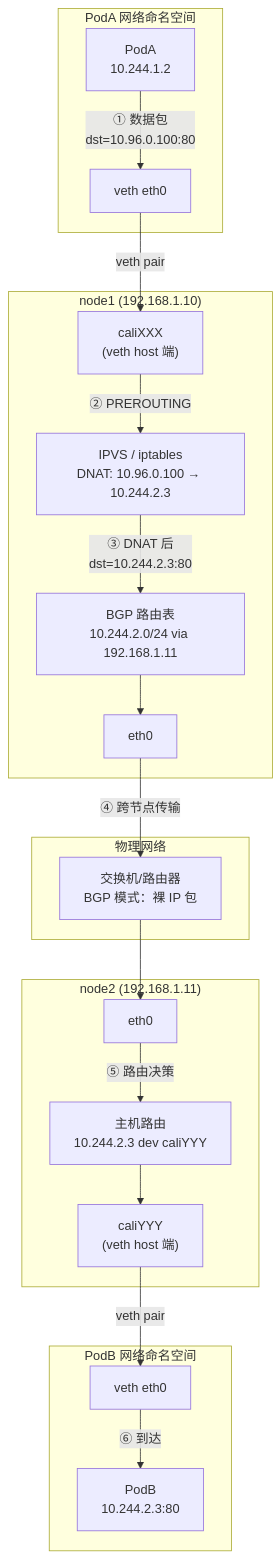
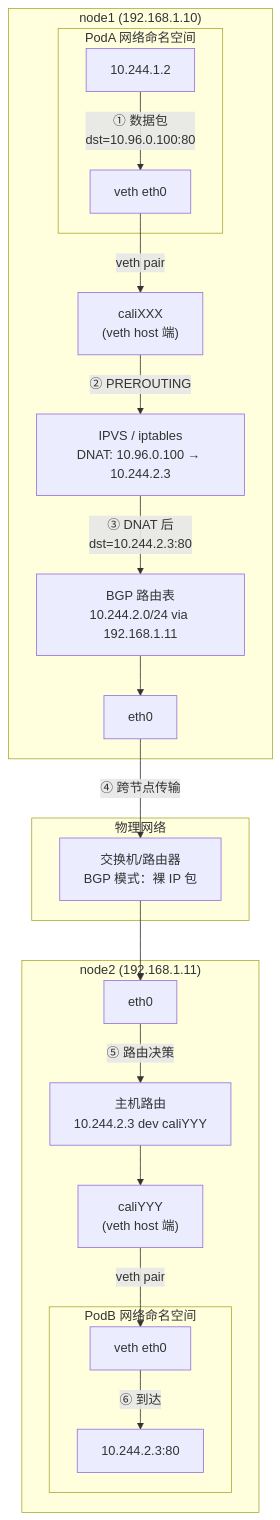
One commit to haiwei7050/notes changed the first of 16 diagrams in k8s/k8s集群网络笔记.md. Above: the diagram before and after it, drawn with Mermaid. The commit also changed other lines of this file, not shown here.

````diff
--- a/k8s/k8s集群网络笔记.md
+++ b/k8s/k8s集群网络笔记.md
@@ -51,41 +51,39 @@
 ```mermaid
 graph TD
-    subgraph "PodA 网络命名空间"
-        PODA["PodA<br/>10.244.1.2"]
-        VETHA["veth eth0"]
-    end
-    
-    subgraph "node1 (192.168.1.10)"
+    subgraph NODE1["node1 (192.168.1.10)"]
+        subgraph PODA_NS["PodA 网络命名空间"]
+            PODA["10.244.1.2"]
+            VETHA["veth eth0"]
+        end
         CALIX["caliXXX<br/>(veth host 端)"]
         IPVS["IPVS / iptables<br/>DNAT: 10.96.0.100 → 10.244.2.3"]
         ROUTE1["BGP 路由表<br/>10.244.2.0/24 via 192.168.1.11"]
         ETH1["eth0"]
     end
     
-    subgraph "物理网络"
+    subgraph PHY_NET["物理网络"]
         PHY["交换机/路由器<br/>BGP 模式：裸 IP 包"]
     end
     
-    subgraph "node2 (192.168.1.11)"
+    subgraph NODE2["node2 (192.168.1.11)"]
         ETH2["eth0"]
         ROUTE2["主机路由<br/>10.244.2.3 dev caliYYY"]
         CALIY["caliYYY<br/>(veth host 端)"]
-    end
-    
-    subgraph "PodB 网络命名空间"
-        VETHB["veth eth0"]
-        PODB["PodB<br/>10.244.2.3:80"]
+        subgraph PODB_NS["PodB 网络命名空间"]
+            VETHB["veth eth0"]
+            PODB["10.244.2.3:80"]
+        end
     end
     
     PODA -->|"① 数据包<br/>dst=10.96.0.100:80"| VETHA
     VETHA -->|"veth pair"| CALIX
     CALIX -->|"② PREROUTING"| IPVS
     IPVS -->|"③ DNAT 后<br/>dst=10.244.2.3:80"| ROUTE1
     ROUTE1 --> ETH1
     ETH1 -->|"④ 跨节点传输"| PHY
     PHY --> ETH2
     ETH2 -->|"⑤ 路由决策"| ROUTE2
     ROUTE2 --> CALIY
     CALIY -->|"veth pair"| VETHB
     VETHB -->|"⑥ 到达"| PODB
 ```
````
